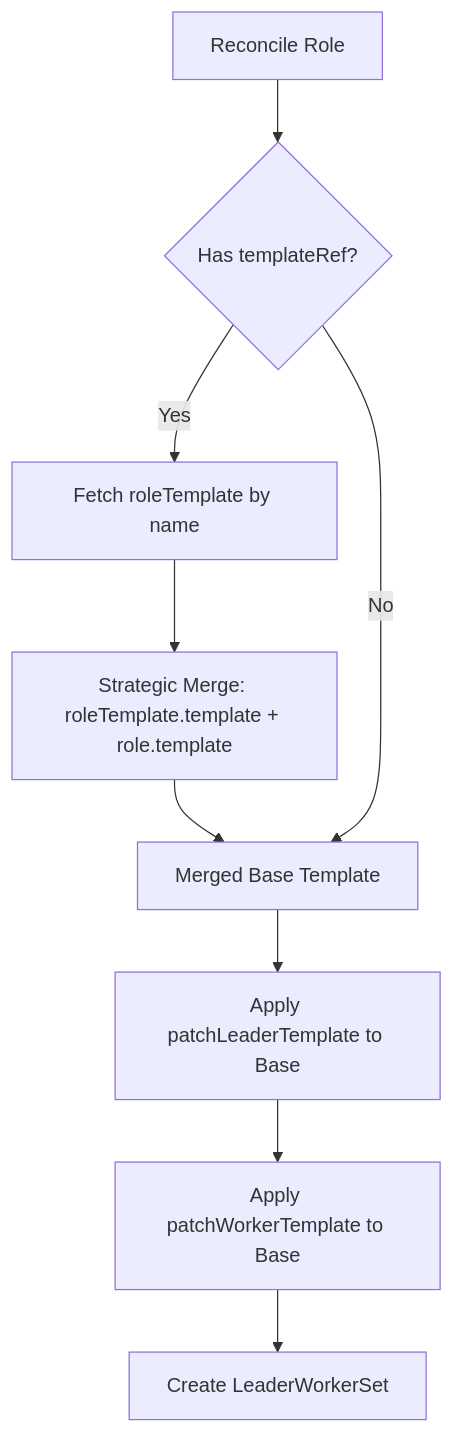
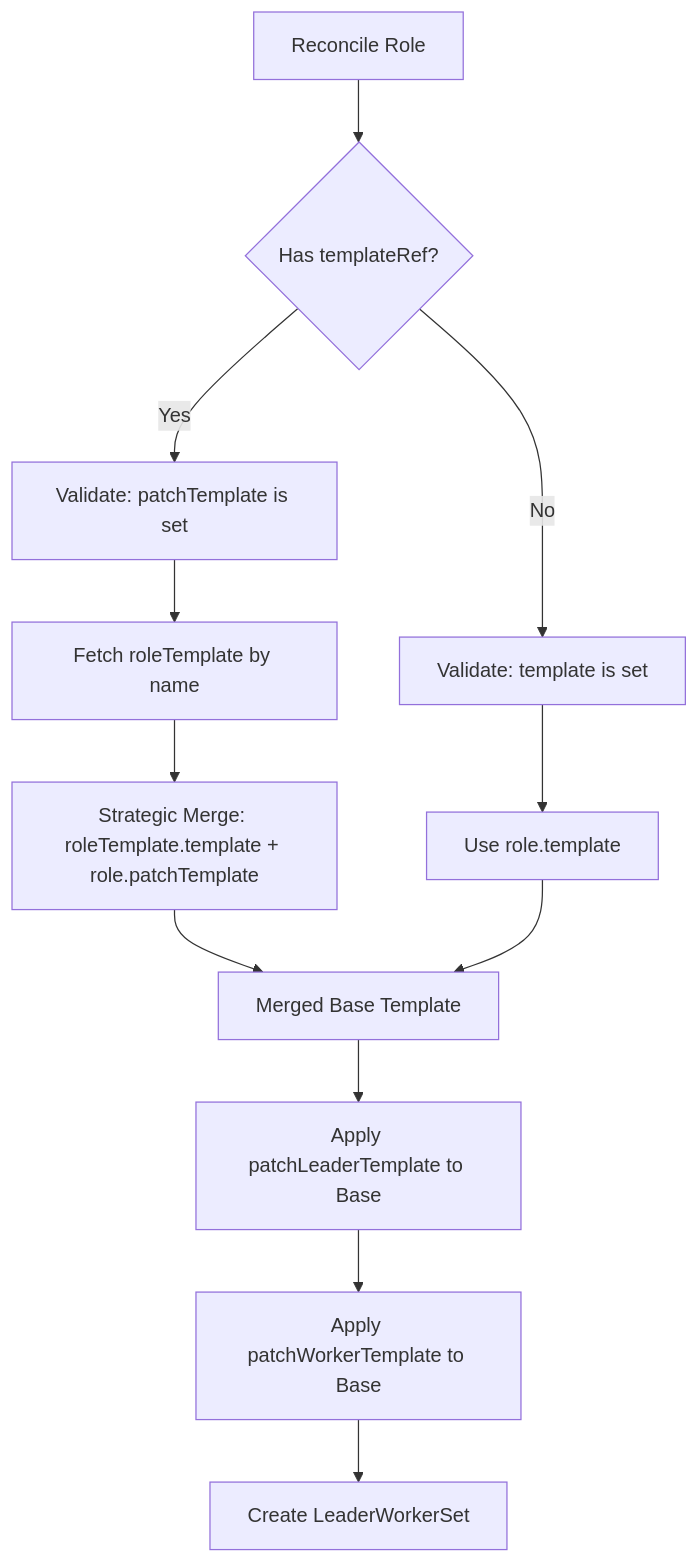
The second of 3 diagrams in keps/8-reduce-yaml-duplication/README.md (sgl-project/rbg), drawn with Mermaid before and after one commit. The commit also changed other lines of this file, not shown here.

````diff
--- a/keps/8-reduce-yaml-duplication/README.md
+++ b/keps/8-reduce-yaml-duplication/README.md
@@ -238,12 +292,15 @@
 ```mermaid
 flowchart TD
     A[Reconcile Role] --> B{Has templateRef?}
-    B -->|Yes| C[Fetch roleTemplate by name]
-    C --> D[Strategic Merge: roleTemplate.template + role.template]
-    D --> E[Merged Base Template]
-    B -->|No| E
+    B -->|Yes| C[Validate: patchTemplate is set]
+    C --> D[Fetch roleTemplate by name]
+    D --> E[Strategic Merge: roleTemplate.template + role.patchTemplate]
+    E --> F[Merged Base Template]
+    B -->|No| G[Validate: template is set]
+    G --> H[Use role.template]
+    H --> F
 
-    E --> F[Apply patchLeaderTemplate to Base]
-    F --> G[Apply patchWorkerTemplate to Base]
-    G --> H[Create LeaderWorkerSet]
+    F --> I[Apply patchLeaderTemplate to Base]
+    I --> J[Apply patchWorkerTemplate to Base]
+    J --> K[Create LeaderWorkerSet]
 ```
````
